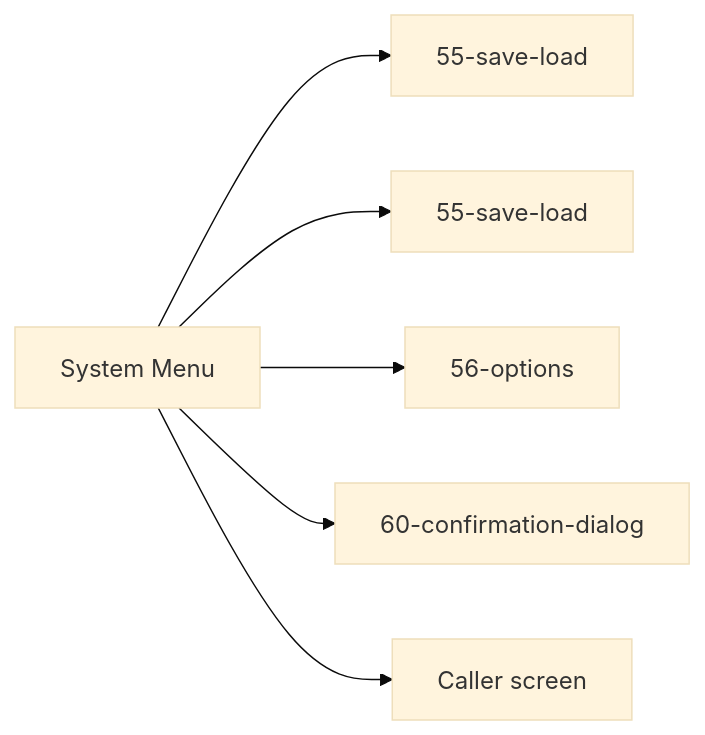
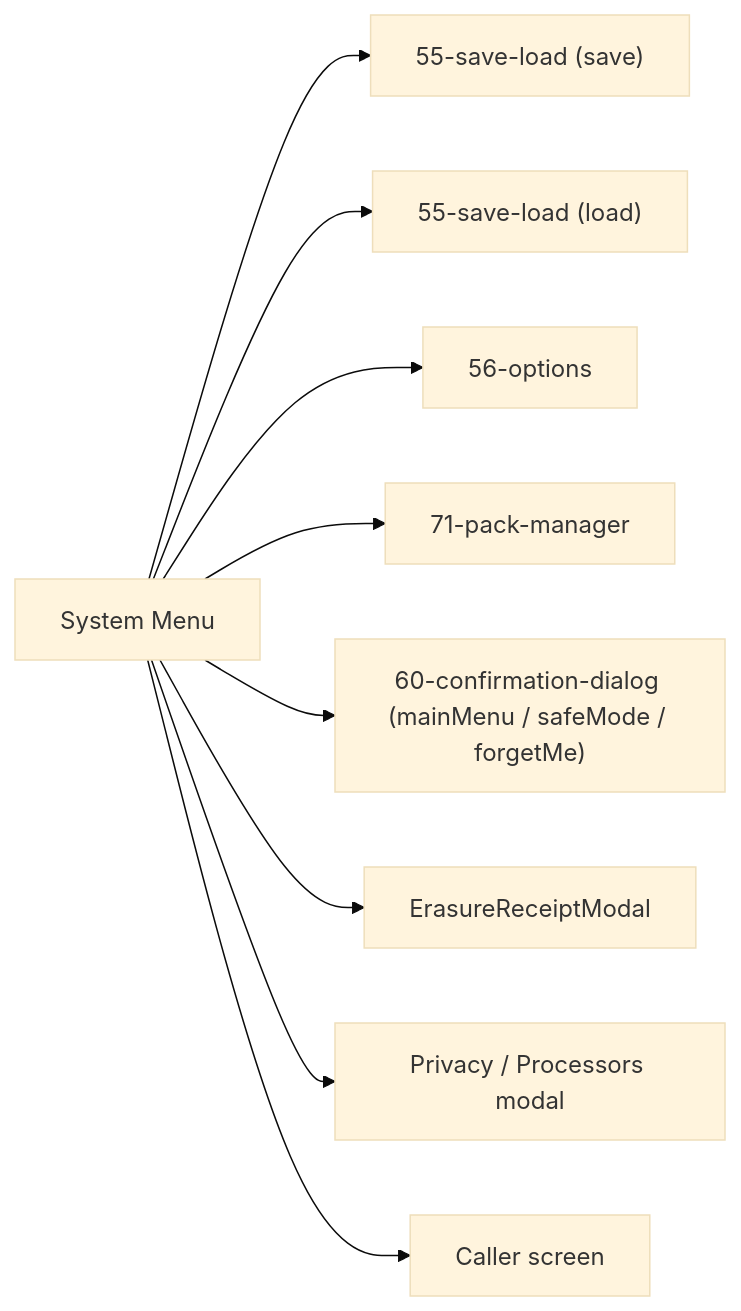
The fifth of 5 diagrams in docs/architecture/wiki/screens/54-system-menu/architecture.md (SunaNoOshiro/Heroes_Reforged_AI_Realms), drawn with Mermaid (base theme) before and after one commit. The commit also changed other lines of this file and 518 other files, not shown here.

First line of the commit message:
Add doc-audit skill and sweep architecture/screen docs

````diff
--- a/docs/architecture/wiki/screens/54-system-menu/architecture.md
+++ b/docs/architecture/wiki/screens/54-system-menu/architecture.md
@@ -68,9 +76,12 @@
 ```mermaid
 flowchart LR
   Current["System Menu"]
-  Current --> T0["55-save-load"]
-  Current --> T1["55-save-load"]
+  Current --> T0["55-save-load (save)"]
+  Current --> T1["55-save-load (load)"]
   Current --> T2["56-options"]
-  Current --> T3["60-confirmation-dialog"]
-  Current --> T4["Caller screen"]
+  Current --> T3["71-pack-manager"]
+  Current --> T4["60-confirmation-dialog (mainMenu / safeMode / forgetMe)"]
+  Current --> T5["ErasureReceiptModal"]
+  Current --> T6["Privacy / Processors modal"]
+  Current --> T7["Caller screen"]
 ```
````
